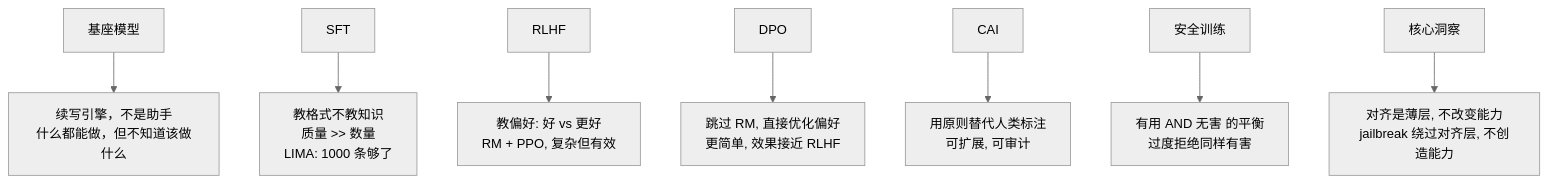
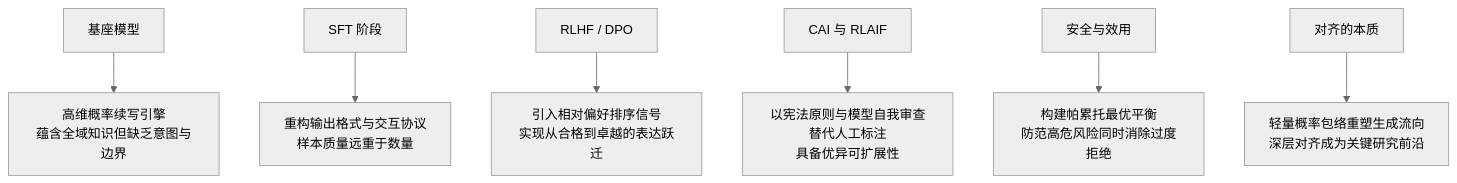
One commit to yingwang/thinking-in-llm changed the sixth of 6 diagrams in chapters/04-alignment.md. Above: the diagram before and after it, drawn with Mermaid (neutral theme). The commit also changed other lines of this file and 31 other files, not shown here.

````diff
--- a/chapters/04-alignment.md
+++ b/chapters/04-alignment.md
@@ -636,16 +545,14 @@
 ```mermaid
 graph TB
-    A["基座模型"] --> B["续写引擎，不是助手<br/>什么都能做，但不知道该做什么"]
+    A["基座模型"] --> B["高维概率续写引擎<br/>蕴含全域知识但缺乏意图与边界"]
     
-    C["SFT"] --> D["教格式不教知识<br/>质量 >> 数量<br/>LIMA: 1000 条够了"]
+    C["SFT 阶段"] --> D["重构输出格式与交互协议<br/>样本质量远重于数量"]
     
-    E["RLHF"] --> F["教偏好: 好 vs 更好<br/>RM + PPO, 复杂但有效"]
+    E["RLHF / DPO"] --> F["引入相对偏好排序信号<br/>实现从合格到卓越的表达跃迁"]
     
-    G["DPO"] --> H["跳过 RM, 直接优化偏好<br/>更简单, 效果接近 RLHF"]
+    G["CAI 与 RLAIF"] --> H["以宪法原则与模型自我审查替代人工标注<br/>具备优异可扩展性"]
     
-    I["CAI"] --> J["用原则替代人类标注<br/>可扩展, 可审计"]
+    I["安全与效用"] --> J["构建帕累托最优平衡<br/>防范高危风险同时消除过度拒绝"]
     
-    K["安全训练"] --> L["有用 AND 无害 的平衡<br/>过度拒绝同样有害"]
-    
-    M["核心洞察"] --> N["对齐是薄层, 不改变能力<br/>jailbreak 绕过对齐层, 不创造能力"]
+    K["对齐的本质"] --> L["轻量概率包络重塑生成流向<br/>深层对齐成为关键研究前沿"]
 ```
````
